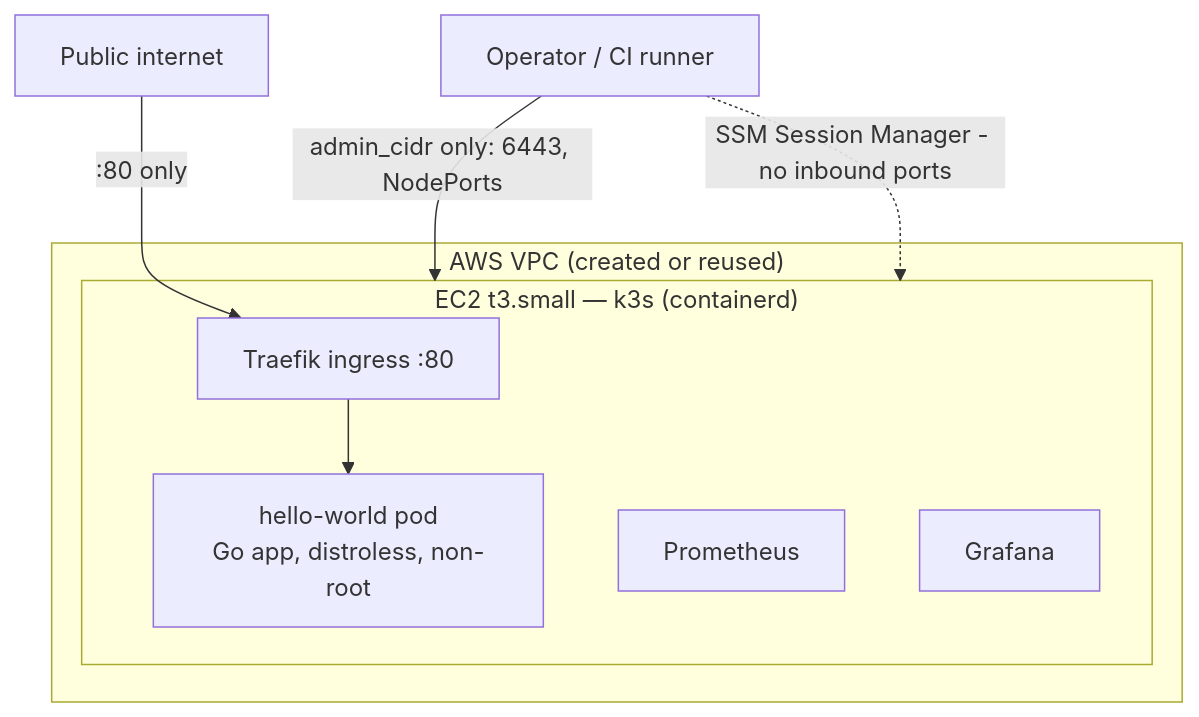
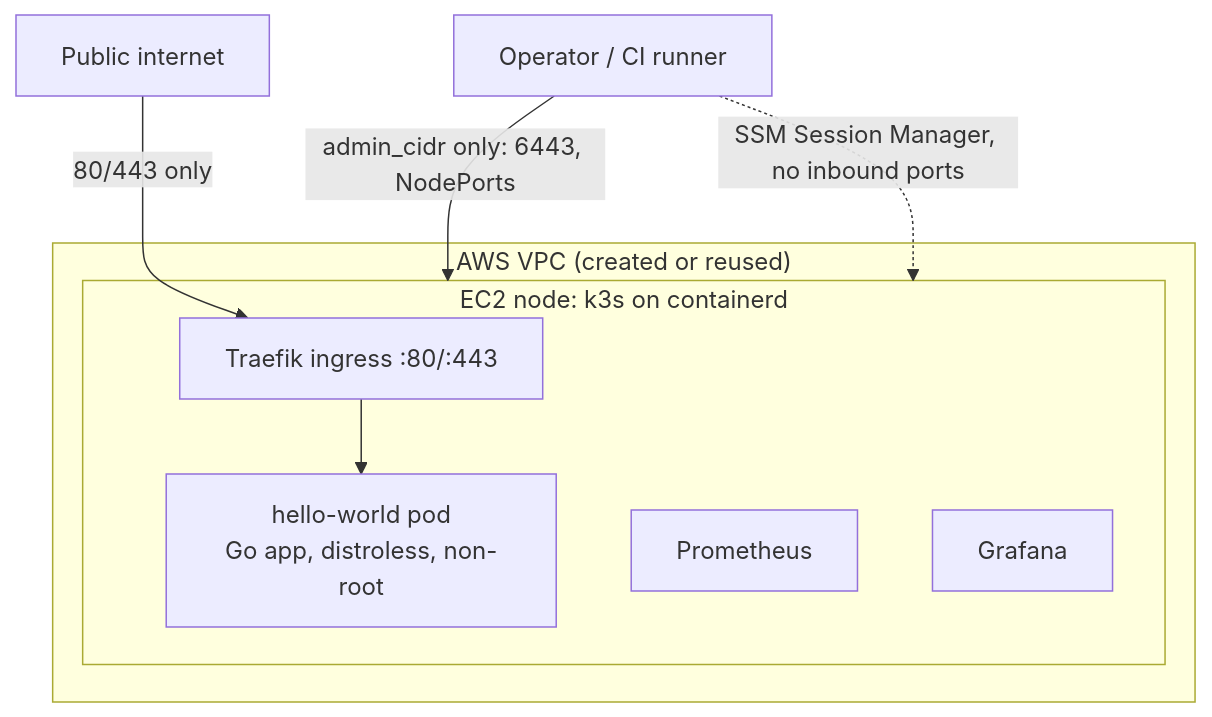
Before and after one commit to mattshogi/CI-CD_terraform_k3s_aws: the second of 3 diagrams in README.md, drawn with Mermaid. The commit also changed other lines of this file, not shown here.

````diff
--- a/README.md
+++ b/README.md
@@ -36,12 +45,12 @@
 ```mermaid
 flowchart TB
     subgraph VPC["AWS VPC (created or reused)"]
-        subgraph EC2["EC2 t3.small — k3s (containerd)"]
-            T[Traefik ingress :80] --> HW[hello-world pod<br/>Go app, distroless, non-root]
+        subgraph EC2["EC2 node: k3s on containerd"]
+            T[Traefik ingress :80/:443] --> HW[hello-world pod<br/>Go app, distroless, non-root]
             P[Prometheus] & GF[Grafana]
         end
     end
-    U[Public internet] -->|":80 only"| T
-    OP[Operator / CI runner] -->|"admin_cidr only: 6443, NodePorts"| EC2
-    OP -.->|SSM Session Manager - no inbound ports| EC2
+    U[Public internet] -->|80/443 only| T
+    OP[Operator / CI runner] -->|admin_cidr only: 6443, NodePorts| EC2
+    OP -.->|SSM Session Manager, no inbound ports| EC2
 ```
````
